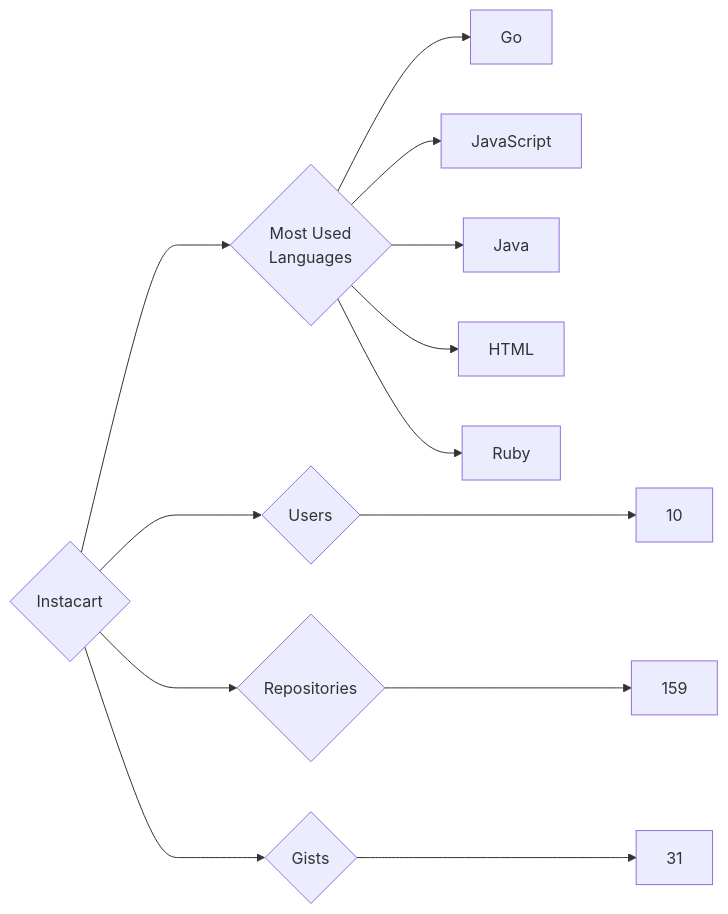
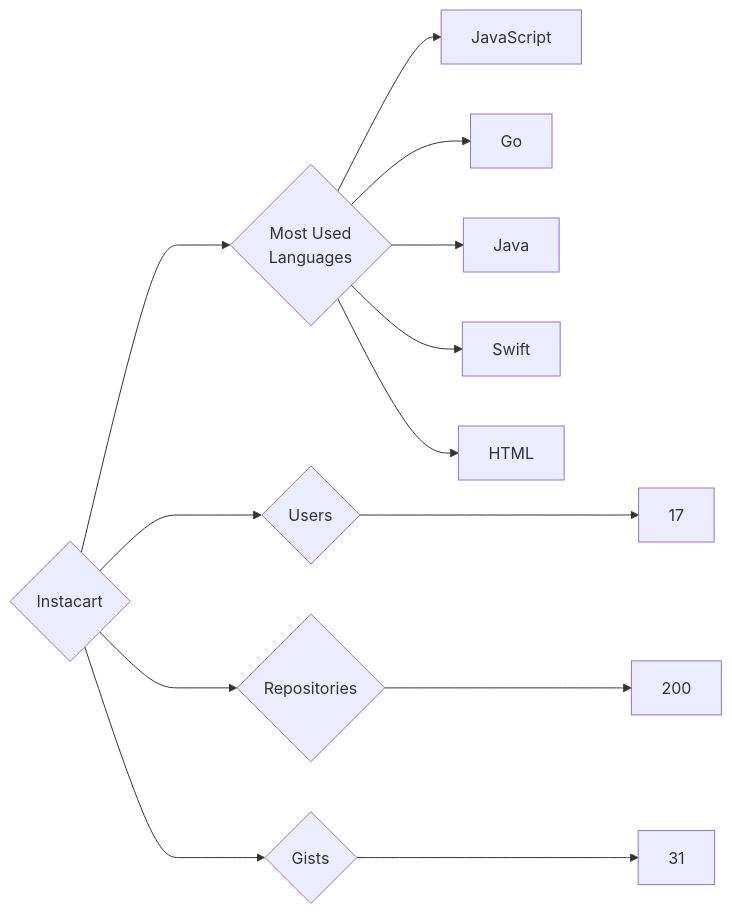
One commit to trickest/insiders changed the diagram in targets/Instacart/README.md. Above: the diagram before and after it, drawn with Mermaid. The commit also changed 1314 other files, not shown here.

````diff
--- a/targets/Instacart/README.md
+++ b/targets/Instacart/README.md
@@ -3,13 +3,13 @@
 ```mermaid
 graph LR
 COMPANY_NAME{Instacart}
-COMPANY_NAME ---> U{Users} ---> UN[10]
-COMPANY_NAME ---> R{Repositories} ---> RN[159]
+COMPANY_NAME ---> U{Users} ---> UN[17]
+COMPANY_NAME ---> R{Repositories} ---> RN[200]
 COMPANY_NAME ---> G{Gists} ---> GN[31]
 COMPANY_NAME ---> ML{Most Used<br>Languages}
+ML --> JavaScript[JavaScript]
 ML --> Go[Go]
-ML --> JavaScript[JavaScript]
 ML --> Java[Java]
+ML --> Swift[Swift]
 ML --> HTML[HTML]
-ML --> Ruby[Ruby]
 ```
````
